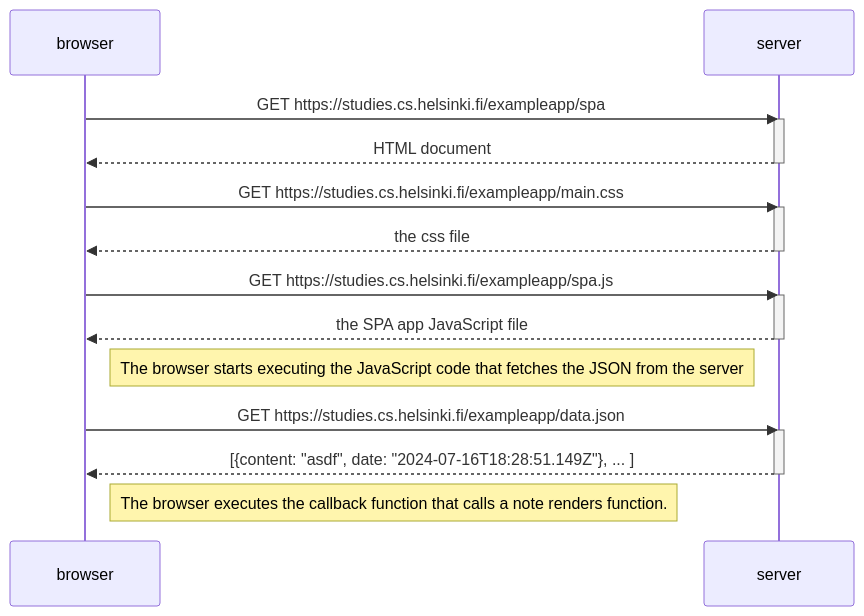
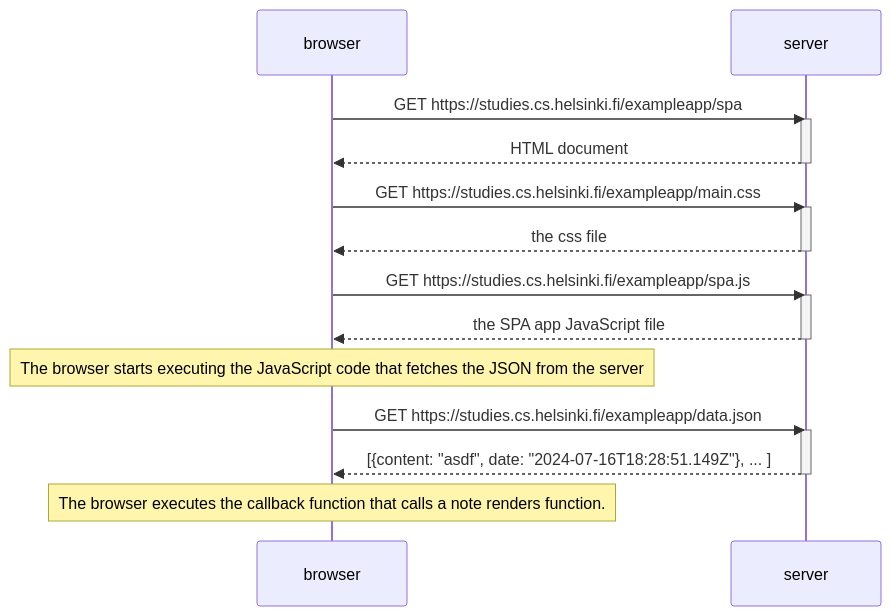
Before and after one commit to jaimesuarez99/courseFullStackOpen: the diagram in part0/0.5/diagram.md, drawn with Mermaid. The commit also changed 1 other file, not shown here.

Commit message:
minor change

````diff
--- a/part0/0.5/diagram.md
+++ b/part0/0.5/diagram.md
@@ -3,29 +3,29 @@
 ```mermaid
 sequenceDiagram
     participant browser
     participant server
 
     browser->>server: GET https://studies.cs.helsinki.fi/exampleapp/spa
     activate server
     server-->>browser: HTML document
     deactivate server
 
     browser->>server: GET https://studies.cs.helsinki.fi/exampleapp/main.css
     activate server
     server-->>browser: the css file
     deactivate server
 
     browser->>server: GET https://studies.cs.helsinki.fi/exampleapp/spa.js
     activate server
     server-->>browser: the SPA app JavaScript file
     deactivate server
 
-    Note right of browser: The browser starts executing the JavaScript code that fetches the JSON from the server
+    Note over browser: The browser starts executing the JavaScript code that fetches the JSON from the server
 
     browser->>server: GET https://studies.cs.helsinki.fi/exampleapp/data.json
     activate server
     server-->>browser: [{content: "asdf", date: "2024-07-16T18:28:51.149Z"}, ... ]
     deactivate server
 
-    Note right of browser: The browser executes the callback function that calls a note renders function.
+    Note over browser: The browser executes the callback function that calls a note renders function.
 ```
````
